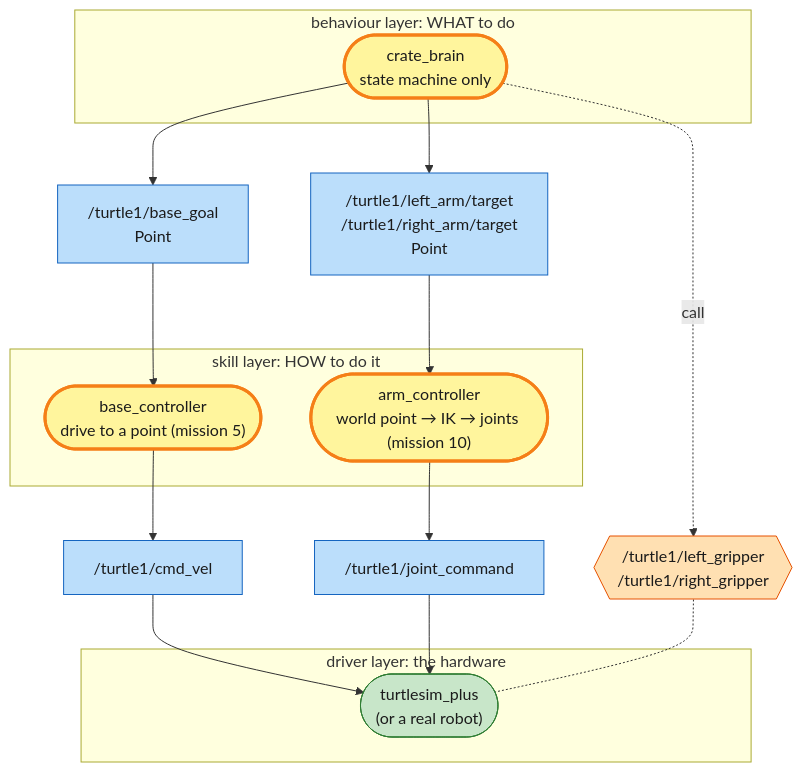
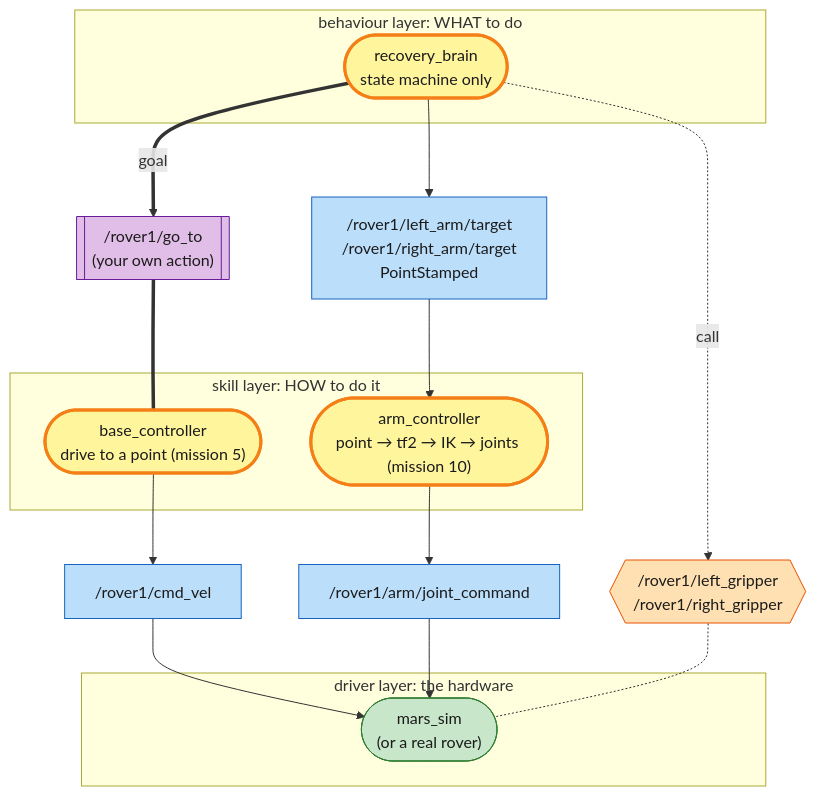
One commit to kittinook/ros2_tutorial changed diagram 12 of 14 in ARCHITECTURE.md. Above: the diagram before and after it, drawn with Mermaid. The commit also changed other lines of this file and 183 other files, not shown here.

First line of the commit message:
Replace Turtle Quest with Mars Rover Academy

````diff
--- a/ARCHITECTURE.md
+++ b/ARCHITECTURE.md
@@ -288,24 +317,24 @@
 ```mermaid
 flowchart TB
     classDef ros fill:#c8e6c9,stroke:#2e7d32,color:#1b1b1b
     classDef mine fill:#fff59d,stroke:#f57f17,stroke-width:3px,color:#1b1b1b
     classDef topic fill:#bbdefb,stroke:#1565c0,color:#1b1b1b
     classDef srv fill:#ffe0b2,stroke:#e65100,color:#1b1b1b
-    classDef param fill:#eeeeee,stroke:#616161,color:#1b1b1b
+    classDef act fill:#e1bee7,stroke:#6a1b9a,color:#1b1b1b
     subgraph BEHAVIOUR["behaviour layer: WHAT to do"]
-        BRAIN(["crate_brain<br/>state machine only"]):::mine
+        BRAIN(["recovery_brain<br/>state machine only"]):::mine
     end
     subgraph SKILLS["skill layer: HOW to do it"]
         BASE(["base_controller<br/>drive to a point (mission 5)"]):::mine
-        ARM(["arm_controller<br/>world point → IK → joints (mission 10)"]):::mine
+        ARM(["arm_controller<br/>point → tf2 → IK → joints (mission 10)"]):::mine
     end
     subgraph DRIVER["driver layer: the hardware"]
-        SIM(["turtlesim_plus<br/>(or a real robot)"]):::ros
+        SIM(["mars_sim<br/>(or a real rover)"]):::ros
     end
-    BRAIN --> GOAL["/turtle1/base_goal<br/>Point"]:::topic --> BASE
-    BRAIN --> TGT["/turtle1/left_arm/target<br/>/turtle1/right_arm/target<br/>Point"]:::topic --> ARM
-    BRAIN -. call .-> GRIP{{"/turtle1/left_gripper<br/>/turtle1/right_gripper"}}:::srv
-    BASE --> CMD["/turtle1/cmd_vel"]:::topic --> SIM
-    ARM --> JC["/turtle1/joint_command"]:::topic --> SIM
+    BRAIN == goal ==> GOTO[["/rover1/go_to<br/>(your own action)"]]:::act === BASE
+    BRAIN --> TGT["/rover1/left_arm/target<br/>/rover1/right_arm/target<br/>PointStamped"]:::topic --> ARM
+    BRAIN -. call .-> GRIP{{"/rover1/left_gripper<br/>/rover1/right_gripper"}}:::srv
+    BASE --> CMD["/rover1/cmd_vel"]:::topic --> SIM
+    ARM --> JC["/rover1/arm/joint_command"]:::topic --> SIM
     GRIP -.- SIM
 ```
````
